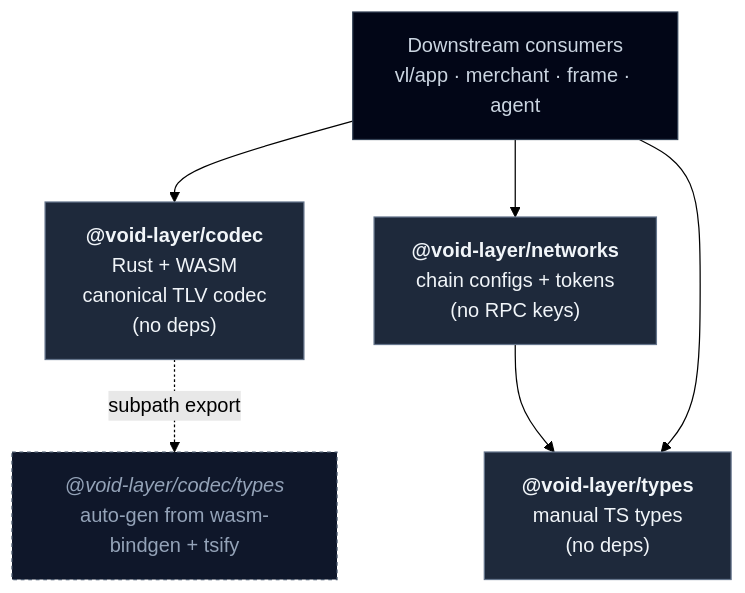
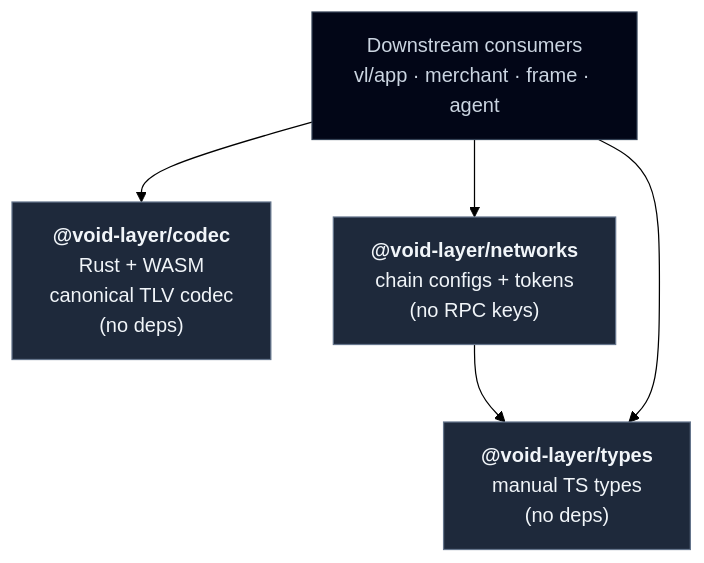
Before and after one commit to void-layer/codec: the first of 4 diagrams in docs/architecture-overview.md, drawn with Mermaid (forest theme). The commit also changed other lines of this file and 2 other files, not shown here.

Commit message:
docs(codec): mark spike-brotli SUPERSEDED; strip tsify/subpath from arch overview; refresh REGISTRY placeholder (F8, W1, W2)

````diff
--- a/docs/architecture-overview.md
+++ b/docs/architecture-overview.md
@@ -5,21 +5,17 @@
 ```mermaid
 graph TD
     codec["<b>@void-layer/codec</b><br/>Rust + WASM<br/>canonical TLV codec<br/>(no deps)"]
     types["<b>@void-layer/types</b><br/>manual TS types<br/>(no deps)"]
     networks["<b>@void-layer/networks</b><br/>chain configs + tokens<br/>(no RPC keys)"]
-    codecSubpath["<i>@void-layer/codec/types</i><br/>auto-gen from wasm-bindgen + tsify"]
     consumers["Downstream consumers<br/>vl/app · merchant · frame · agent"]
 
     networks --> types
     consumers --> codec
     consumers --> types
     consumers --> networks
-    codec -. subpath export .-> codecSubpath
 
     classDef pkg fill:#1e293b,stroke:#64748b,color:#f1f5f9
-    classDef sub fill:#0f172a,stroke:#475569,color:#94a3b8,stroke-dasharray:3 3
     classDef ext fill:#020617,stroke:#334155,color:#cbd5e1
     class codec,types,networks pkg
-    class codecSubpath sub
     class consumers ext
 ```
````
